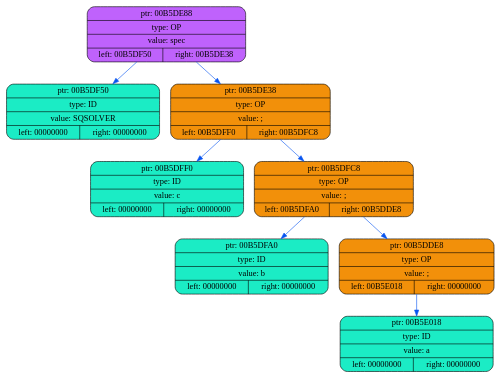
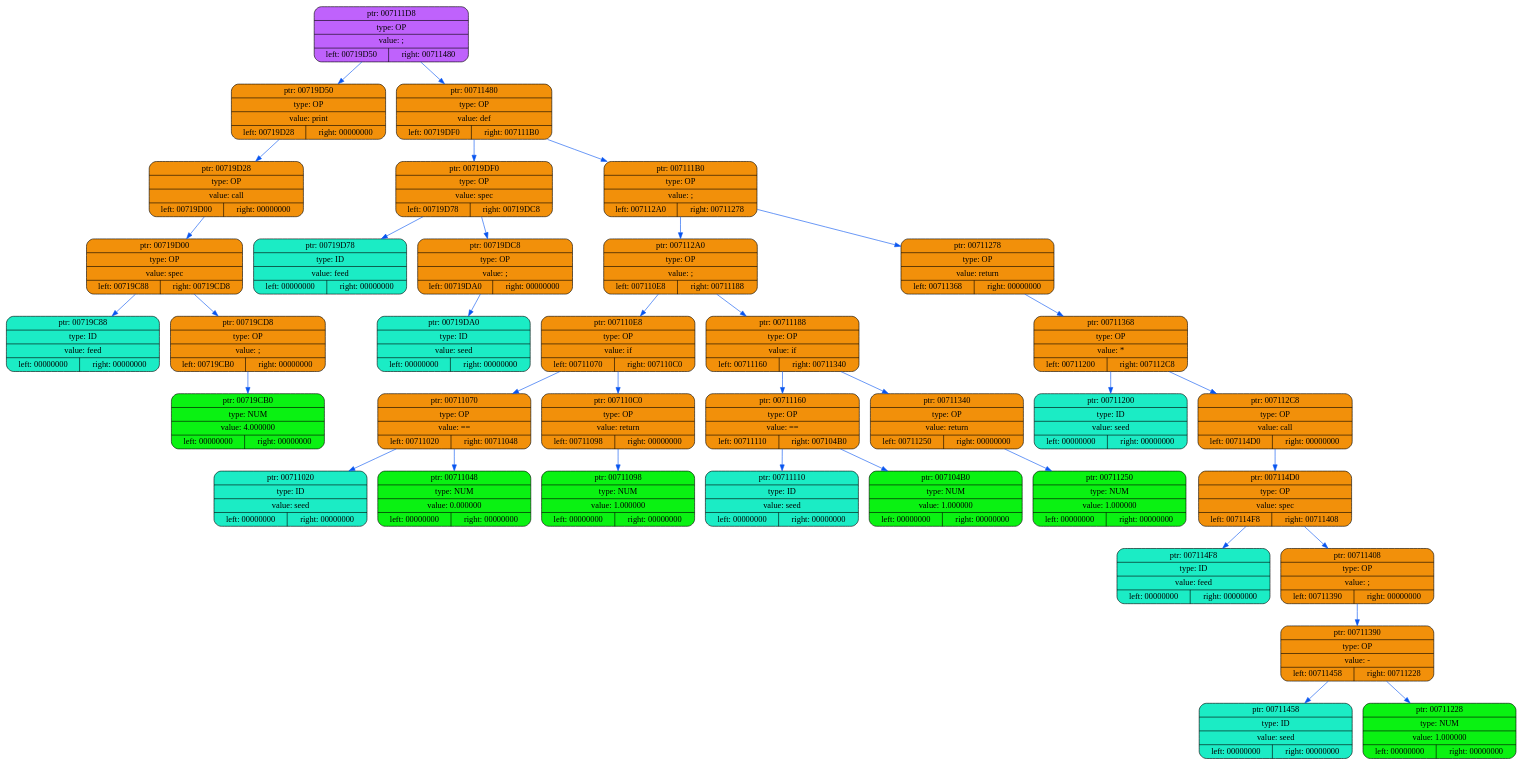
One commit to coffee8cat/Elden-language changed the diagram in frontend/dump/dump2.dot. Above: the diagram before and after it, drawn with Graphviz. The commit also changed 15 other files, not shown here.

```diff
--- a/frontend/dump/dump2.dot
+++ b/frontend/dump/dump2.dot
@@ -1,20 +1,76 @@
 digraph
 {
     rankdir=TP
 
-        node00B5DE88[shape=record,style="rounded,filled",fillcolor="#BF62FC",label="{ ptr: 00B5DE88 | type: OP | value: spec| { left: 00B5DF50 | right: 00B5DE38 }}"];
-    node00B5DE88 -> node00B5DF50[color="#0855F0"]
-    node00B5DF50[shape=record,style="rounded,filled",fillcolor="#1BECC5",label="{ ptr: 00B5DF50 | type: ID | value: SQSOLVER| { left: 00000000 | right: 00000000 }}"];
-    node00B5DE88 -> node00B5DE38[color="#0855F0"]
-    node00B5DE38[shape=record,style="rounded,filled",fillcolor="#F2900A",label="{ ptr: 00B5DE38 | type: OP | value: ;| { left: 00B5DFF0 | right: 00B5DFC8 }}"];
-    node00B5DE38 -> node00B5DFF0[color="#0855F0"]
-    node00B5DFF0[shape=record,style="rounded,filled",fillcolor="#1BECC5",label="{ ptr: 00B5DFF0 | type: ID | value: c| { left: 00000000 | right: 00000000 }}"];
-    node00B5DE38 -> node00B5DFC8[color="#0855F0"]
-    node00B5DFC8[shape=record,style="rounded,filled",fillcolor="#F2900A",label="{ ptr: 00B5DFC8 | type: OP | value: ;| { left: 00B5DFA0 | right: 00B5DDE8 }}"];
-    node00B5DFC8 -> node00B5DFA0[color="#0855F0"]
-    node00B5DFA0[shape=record,style="rounded,filled",fillcolor="#1BECC5",label="{ ptr: 00B5DFA0 | type: ID | value: b| { left: 00000000 | right: 00000000 }}"];
-    node00B5DFC8 -> node00B5DDE8[color="#0855F0"]
-    node00B5DDE8[shape=record,style="rounded,filled",fillcolor="#F2900A",label="{ ptr: 00B5DDE8 | type: OP | value: ;| { left: 00B5E018 | right: 00000000 }}"];
-    node00B5DDE8 -> node00B5E018[color="#0855F0"]
-    node00B5E018[shape=record,style="rounded,filled",fillcolor="#1BECC5",label="{ ptr: 00B5E018 | type: ID | value: a| { left: 00000000 | right: 00000000 }}"];
+        node007111D8[shape=record,style="rounded,filled",fillcolor="#BF62FC",label="{ ptr: 007111D8 | type: OP | value: ;| { left: 00719D50 | right: 00711480 }}"];
+    node007111D8 -> node00719D50[color="#0855F0"]
+    node00719D50[shape=record,style="rounded,filled",fillcolor="#F2900A",label="{ ptr: 00719D50 | type: OP | value: print| { left: 00719D28 | right: 00000000 }}"];
+    node00719D50 -> node00719D28[color="#0855F0"]
+    node00719D28[shape=record,style="rounded,filled",fillcolor="#F2900A",label="{ ptr: 00719D28 | type: OP | value: call| { left: 00719D00 | right: 00000000 }}"];
+    node00719D28 -> node00719D00[color="#0855F0"]
+    node00719D00[shape=record,style="rounded,filled",fillcolor="#F2900A",label="{ ptr: 00719D00 | type: OP | value: spec| { left: 00719C88 | right: 00719CD8 }}"];
+    node00719D00 -> node00719C88[color="#0855F0"]
+    node00719C88[shape=record,style="rounded,filled",fillcolor="#1BECC5",label="{ ptr: 00719C88 | type: ID | value: feed| { left: 00000000 | right: 00000000 }}"];
+    node00719D00 -> node00719CD8[color="#0855F0"]
+    node00719CD8[shape=record,style="rounded,filled",fillcolor="#F2900A",label="{ ptr: 00719CD8 | type: OP | value: ;| { left: 00719CB0 | right: 00000000 }}"];
+    node00719CD8 -> node00719CB0[color="#0855F0"]
+    node00719CB0[shape=record,style="rounded,filled",fillcolor="#0AF212",label="{ ptr: 00719CB0 | type: NUM | value: 4.000000| { left: 00000000 | right: 00000000 }}"];
+    node007111D8 -> node00711480[color="#0855F0"]
+    node00711480[shape=record,style="rounded,filled",fillcolor="#F2900A",label="{ ptr: 00711480 | type: OP | value: def| { left: 00719DF0 | right: 007111B0 }}"];
+    node00711480 -> node00719DF0[color="#0855F0"]
+    node00719DF0[shape=record,style="rounded,filled",fillcolor="#F2900A",label="{ ptr: 00719DF0 | type: OP | value: spec| { left: 00719D78 | right: 00719DC8 }}"];
+    node00719DF0 -> node00719D78[color="#0855F0"]
+    node00719D78[shape=record,style="rounded,filled",fillcolor="#1BECC5",label="{ ptr: 00719D78 | type: ID | value: feed| { left: 00000000 | right: 00000000 }}"];
+    node00719DF0 -> node00719DC8[color="#0855F0"]
+    node00719DC8[shape=record,style="rounded,filled",fillcolor="#F2900A",label="{ ptr: 00719DC8 | type: OP | value: ;| { left: 00719DA0 | right: 00000000 }}"];
+    node00719DC8 -> node00719DA0[color="#0855F0"]
+    node00719DA0[shape=record,style="rounded,filled",fillcolor="#1BECC5",label="{ ptr: 00719DA0 | type: ID | value: seed| { left: 00000000 | right: 00000000 }}"];
+    node00711480 -> node007111B0[color="#0855F0"]
+    node007111B0[shape=record,style="rounded,filled",fillcolor="#F2900A",label="{ ptr: 007111B0 | type: OP | value: ;| { left: 007112A0 | right: 00711278 }}"];
+    node007111B0 -> node007112A0[color="#0855F0"]
+    node007112A0[shape=record,style="rounded,filled",fillcolor="#F2900A",label="{ ptr: 007112A0 | type: OP | value: ;| { left: 007110E8 | right: 00711188 }}"];
+    node007112A0 -> node007110E8[color="#0855F0"]
+    node007110E8[shape=record,style="rounded,filled",fillcolor="#F2900A",label="{ ptr: 007110E8 | type: OP | value: if| { left: 00711070 | right: 007110C0 }}"];
+    node007110E8 -> node00711070[color="#0855F0"]
+    node00711070[shape=record,style="rounded,filled",fillcolor="#F2900A",label="{ ptr: 00711070 | type: OP | value: ==| { left: 00711020 | right: 00711048 }}"];
+    node00711070 -> node00711020[color="#0855F0"]
+    node00711020[shape=record,style="rounded,filled",fillcolor="#1BECC5",label="{ ptr: 00711020 | type: ID | value: seed| { left: 00000000 | right: 00000000 }}"];
+    node00711070 -> node00711048[color="#0855F0"]
+    node00711048[shape=record,style="rounded,filled",fillcolor="#0AF212",label="{ ptr: 00711048 | type: NUM | value: 0.000000| { left: 00000000 | right: 00000000 }}"];
+    node007110E8 -> node007110C0[color="#0855F0"]
+    node007110C0[shape=record,style="rounded,filled",fillcolor="#F2900A",label="{ ptr: 007110C0 | type: OP | value: return| { left: 00711098 | right: 00000000 }}"];
+    node007110C0 -> node00711098[color="#0855F0"]
+    node00711098[shape=record,style="rounded,filled",fillcolor="#0AF212",label="{ ptr: 00711098 | type: NUM | value: 1.000000| { left: 00000000 | right: 00000000 }}"];
+    node007112A0 -> node00711188[color="#0855F0"]
+    node00711188[shape=record,style="rounded,filled",fillcolor="#F2900A",label="{ ptr: 00711188 | type: OP | value: if| { left: 00711160 | right: 00711340 }}"];
+    node00711188 -> node00711160[color="#0855F0"]
+    node00711160[shape=record,style="rounded,filled",fillcolor="#F2900A",label="{ ptr: 00711160 | type: OP | value: ==| { left: 00711110 | right: 007104B0 }}"];
+    node00711160 -> node00711110[color="#0855F0"]
+    node00711110[shape=record,style="rounded,filled",fillcolor="#1BECC5",label="{ ptr: 00711110 | type: ID | value: seed| { left: 00000000 | right: 00000000 }}"];
+    node00711160 -> node007104B0[color="#0855F0"]
+    node007104B0[shape=record,style="rounded,filled",fillcolor="#0AF212",label="{ ptr: 007104B0 | type: NUM | value: 1.000000| { left: 00000000 | right: 00000000 }}"];
+    node00711188 -> node00711340[color="#0855F0"]
+    node00711340[shape=record,style="rounded,filled",fillcolor="#F2900A",label="{ ptr: 00711340 | type: OP | value: return| { left: 00711250 | right: 00000000 }}"];
+    node00711340 -> node00711250[color="#0855F0"]
+    node00711250[shape=record,style="rounded,filled",fillcolor="#0AF212",label="{ ptr: 00711250 | type: NUM | value: 1.000000| { left: 00000000 | right: 00000000 }}"];
+    node007111B0 -> node00711278[color="#0855F0"]
+    node00711278[shape=record,style="rounded,filled",fillcolor="#F2900A",label="{ ptr: 00711278 | type: OP | value: return| { left: 00711368 | right: 00000000 }}"];
+    node00711278 -> node00711368[color="#0855F0"]
+    node00711368[shape=record,style="rounded,filled",fillcolor="#F2900A",label="{ ptr: 00711368 | type: OP | value: *| { left: 00711200 | right: 007112C8 }}"];
+    node00711368 -> node00711200[color="#0855F0"]
+    node00711200[shape=record,style="rounded,filled",fillcolor="#1BECC5",label="{ ptr: 00711200 | type: ID | value: seed| { left: 00000000 | right: 00000000 }}"];
+    node00711368 -> node007112C8[color="#0855F0"]
+    node007112C8[shape=record,style="rounded,filled",fillcolor="#F2900A",label="{ ptr: 007112C8 | type: OP | value: call| { left: 007114D0 | right: 00000000 }}"];
+    node007112C8 -> node007114D0[color="#0855F0"]
+    node007114D0[shape=record,style="rounded,filled",fillcolor="#F2900A",label="{ ptr: 007114D0 | type: OP | value: spec| { left: 007114F8 | right: 00711408 }}"];
+    node007114D0 -> node007114F8[color="#0855F0"]
+    node007114F8[shape=record,style="rounded,filled",fillcolor="#1BECC5",label="{ ptr: 007114F8 | type: ID | value: feed| { left: 00000000 | right: 00000000 }}"];
+    node007114D0 -> node00711408[color="#0855F0"]
+    node00711408[shape=record,style="rounded,filled",fillcolor="#F2900A",label="{ ptr: 00711408 | type: OP | value: ;| { left: 00711390 | right: 00000000 }}"];
+    node00711408 -> node00711390[color="#0855F0"]
+    node00711390[shape=record,style="rounded,filled",fillcolor="#F2900A",label="{ ptr: 00711390 | type: OP | value: -| { left: 00711458 | right: 00711228 }}"];
+    node00711390 -> node00711458[color="#0855F0"]
+    node00711458[shape=record,style="rounded,filled",fillcolor="#1BECC5",label="{ ptr: 00711458 | type: ID | value: seed| { left: 00000000 | right: 00000000 }}"];
+    node00711390 -> node00711228[color="#0855F0"]
+    node00711228[shape=record,style="rounded,filled",fillcolor="#0AF212",label="{ ptr: 00711228 | type: NUM | value: 1.000000| { left: 00000000 | right: 00000000 }}"];
 }
```
